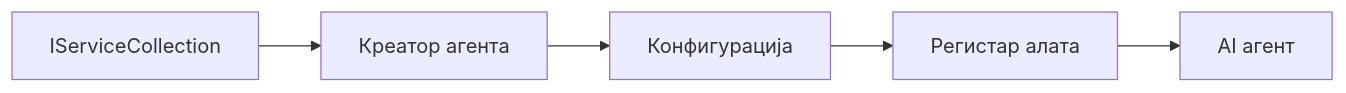
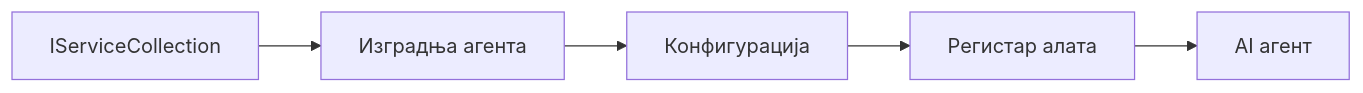
Before and after one commit to venturemavenwill/azureaifundamentals: the diagram in translations/sr/03-agentic-design-patterns/code_samples/03-dotnet-agent-framework.md, drawn with Mermaid. The commit also changed other lines of this file and 2002 other files, not shown here.

````diff
--- a/translations/sr/03-agentic-design-patterns/code_samples/03-dotnet-agent-framework.md
+++ b/translations/sr/03-agentic-design-patterns/code_samples/03-dotnet-agent-framework.md
@@ -41,7 +41,7 @@
 ```mermaid
 graph LR
-    A[IServiceCollection] --> B[Креатор агента]
+    A[IServiceCollection] --> B[Изградња агента]
     B --> C[Конфигурација]
     C --> D[Регистар алата]
     D --> E[AI агент]
 ```
````
